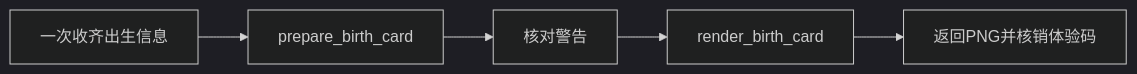
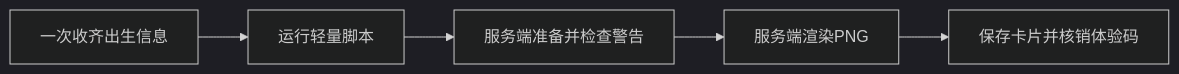
The diagram in README.md (bobbybluemoment-afk/rensheng-youji-api), drawn with Mermaid (dark theme) before and after one commit. The commit also changed other lines of this file and 6 other files, not shown here.

````diff
--- a/README.md
+++ b/README.md
@@ -56,7 +29,7 @@
 ```mermaid
 flowchart LR
-    A[一次收齐出生信息] --> B[prepare_birth_card]
-    B --> C[核对警告]
-    C --> D[render_birth_card]
-    D --> E[返回PNG并核销体验码]
+    A[一次收齐出生信息] --> B[运行轻量脚本]
+    B --> C[服务端准备并检查警告]
+    C --> D[服务端渲染PNG]
+    D --> E[保存卡片并核销体验码]
 ```
````
